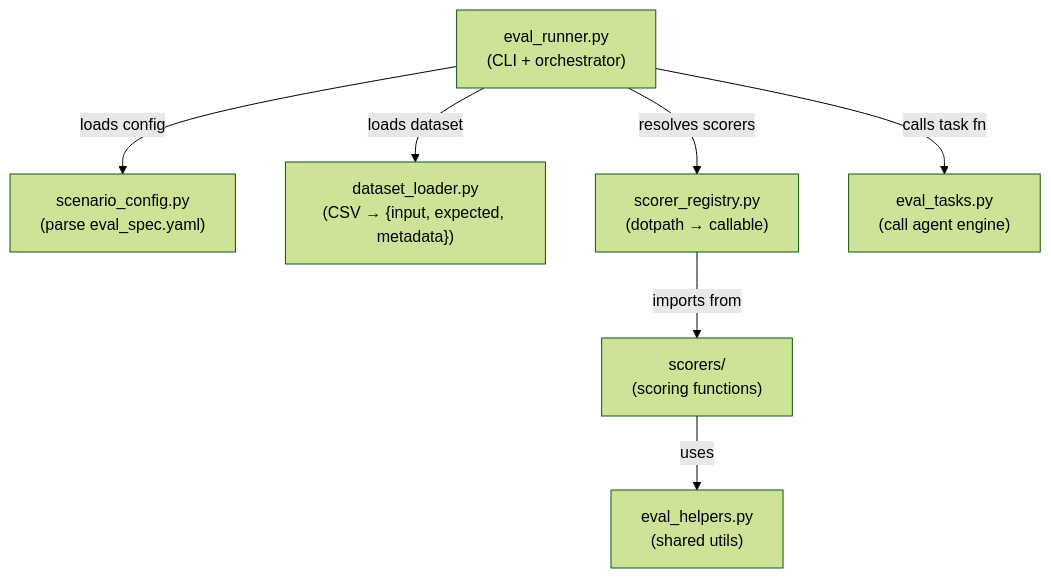
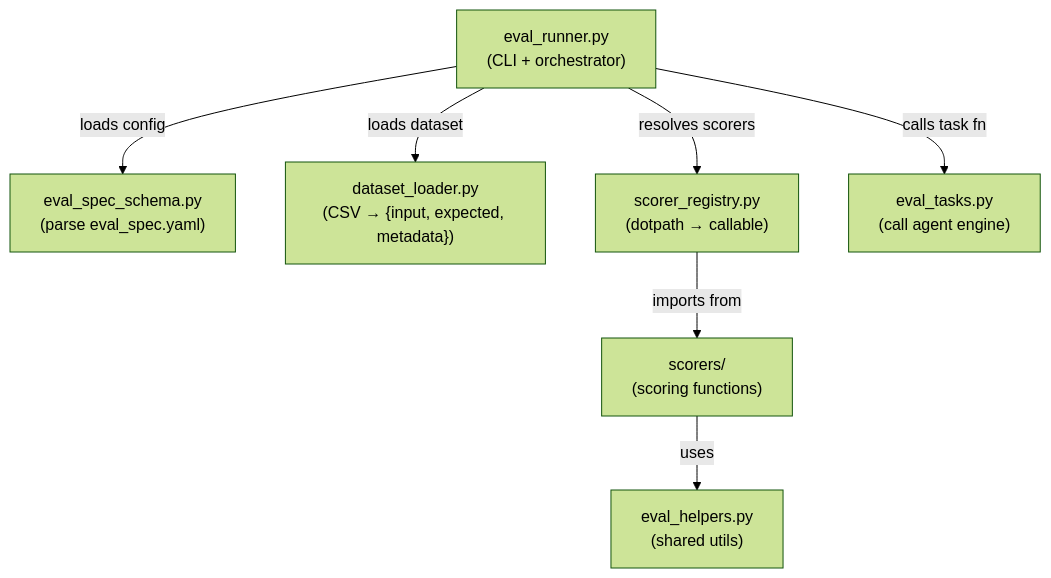
One commit to wei-yiting/fin-lab-x changed the first of 2 diagrams in backend/evals/README.md. Above: the diagram before and after it, drawn with Mermaid (forest theme). The commit also changed other lines of this file and 7 other files, not shown here.

First line of the commit message:
refactor(evals): address PR review — rename scenario_config, trim READMEs

````diff
--- a/backend/evals/README.md
+++ b/backend/evals/README.md
@@ -85,17 +85,17 @@
 ```mermaid
 graph TD
     CLI["eval_runner.py<br/>(CLI + orchestrator)"]
-    Config["scenario_config.py<br/>(parse eval_spec.yaml)"]
+    Config["eval_spec_schema.py<br/>(parse eval_spec.yaml)"]
     Loader["dataset_loader.py<br/>(CSV → {input, expected, metadata})"]
     Registry["scorer_registry.py<br/>(dotpath → callable)"]
     Tasks["eval_tasks.py<br/>(call agent engine)"]
     Scorers["scorers/<br/>(scoring functions)"]
     Helpers["eval_helpers.py<br/>(shared utils)"]
 
     CLI -->|loads config| Config
     CLI -->|loads dataset| Loader
     CLI -->|resolves scorers| Registry
     CLI -->|calls task fn| Tasks
     Registry -->|imports from| Scorers
     Scorers -->|uses| Helpers
 ```
````
